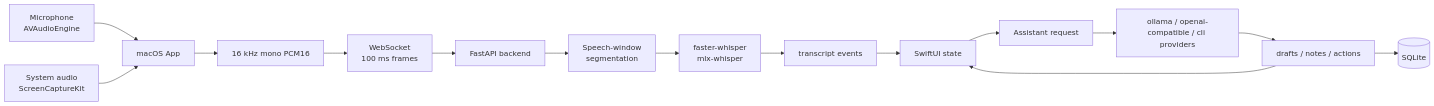
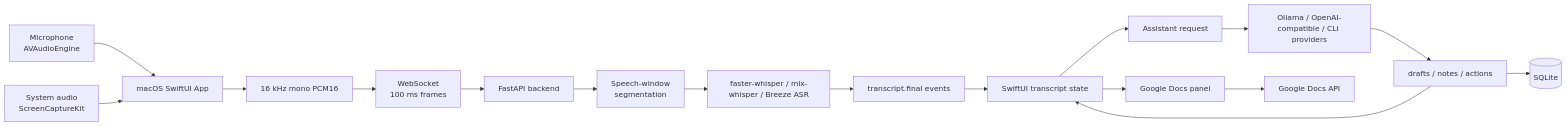
The diagram in README.md (elvisdragonmao/emeet), drawn with Mermaid before and after one commit. The commit also changed other lines of this file and 1 other file, not shown here.

Commit message:
docs/final-report: update project summary and clarify Google Docs integration

````diff
--- a/README.md
+++ b/README.md
@@ -43,17 +56,19 @@
 ```mermaid
 flowchart LR
-    Mic[Microphone<br/>AVAudioEngine] --> Mac[macOS App]
+    Mic[Microphone<br/>AVAudioEngine] --> Mac[macOS SwiftUI App]
     System[System audio<br/>ScreenCaptureKit] --> Mac
     Mac --> PCM[16 kHz mono PCM16]
     PCM --> WS[WebSocket<br/>100 ms frames]
     WS --> Backend[FastAPI backend]
     Backend --> Seg[Speech-window<br/>segmentation]
-    Seg --> STT[faster-whisper<br/>mlx-whisper]
-    STT --> Transcript[transcript events]
-    Transcript --> UI[SwiftUI state]
+    Seg --> STT[faster-whisper / mlx-whisper / Breeze ASR]
+    STT --> Transcript[transcript.final events]
+    Transcript --> UI[SwiftUI transcript state]
     UI --> Assistant[Assistant request]
-    Assistant --> Provider[ollama / openai-compatible / cli providers]
+    Assistant --> Provider[Ollama / OpenAI-compatible / CLI providers]
     Provider --> JSON[drafts / notes / actions]
     JSON --> UI
     JSON --> SQLite[(SQLite)]
+    UI --> GDoc[Google Docs panel]
+    GDoc --> GAPI[Google Docs API]
 ```
````
